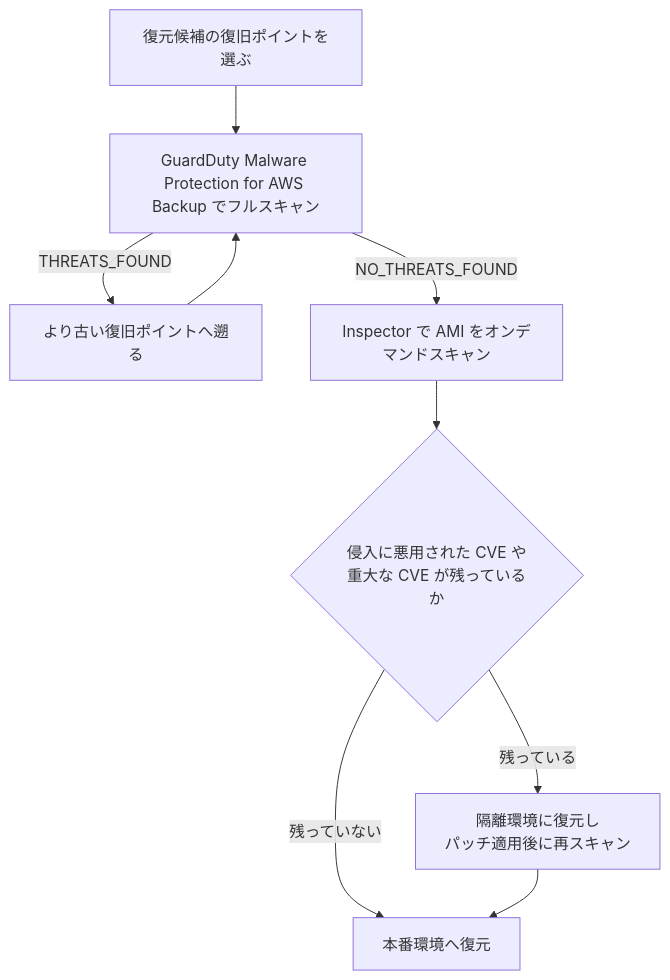
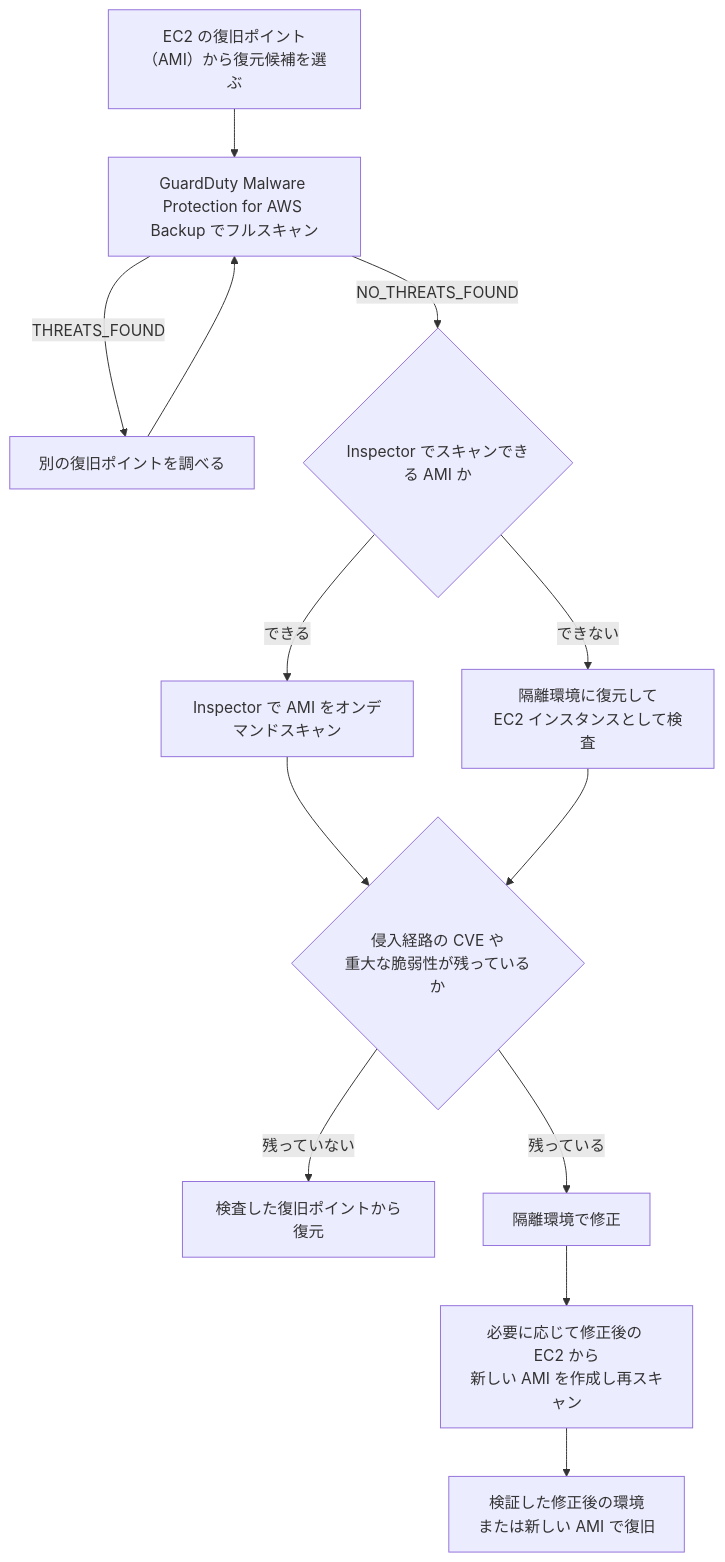
The diagram in articles/verify-restore-source-inspector-guardduty.md (Keisuke-Hiraki/public-zenn-connect), drawn with Mermaid before and after one commit. The commit also changed other lines of this file, not shown here.

First line of the commit message:
Refocus backup verification article on pre-restore scanning

````diff
--- a/articles/verify-restore-source-inspector-guardduty.md
+++ b/articles/verify-restore-source-inspector-guardduty.md
@@ -196,11 +207,15 @@
 ```mermaid
 flowchart TD
-    A[復元候補の復旧ポイントを選ぶ] --> B[GuardDuty Malware Protection for AWS Backup でフルスキャン]
-    B -->|THREATS_FOUND| C[より古い復旧ポイントへ遡る]
+    A[EC2 の復旧ポイント（AMI）から復元候補を選ぶ] --> B[GuardDuty Malware Protection for AWS Backup でフルスキャン]
+    B -->|THREATS_FOUND| C[別の復旧ポイントを調べる]
     C --> B
-    B -->|NO_THREATS_FOUND| D[Inspector で AMI をオンデマンドスキャン]
-    D --> E{侵入に悪用された CVE や<br/>重大な CVE が残っているか}
-    E -->|残っている| F[隔離環境に復元し<br/>パッチ適用後に再スキャン]
-    E -->|残っていない| G[本番環境へ復元]
+    B -->|NO_THREATS_FOUND| D{Inspector でスキャンできる AMI か}
+    D -->|できる| E[Inspector で AMI をオンデマンドスキャン]
+    D -->|できない| F[隔離環境に復元して<br/>EC2 インスタンスとして検査]
+    E --> G{侵入経路の CVE や<br/>重大な脆弱性が残っているか}
     F --> G
+    G -->|残っていない| H[検査した復旧ポイントから復元]
+    G -->|残っている| I[隔離環境で修正]
+    I --> J[必要に応じて修正後の EC2 から<br/>新しい AMI を作成し再スキャン]
+    J --> K[検証した修正後の環境<br/>または新しい AMI で復旧]
 ```
````
